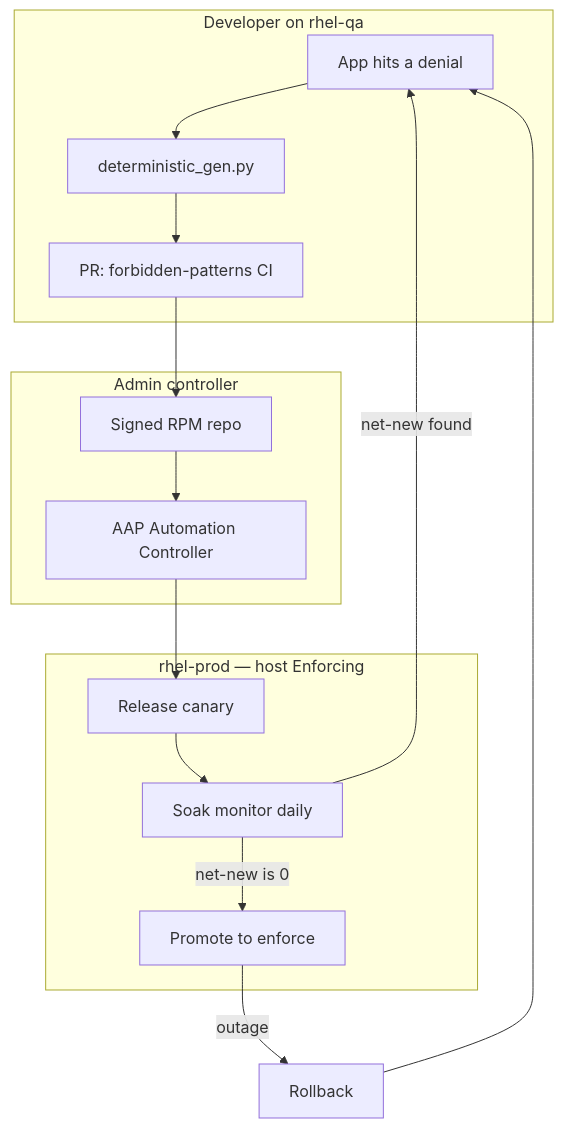
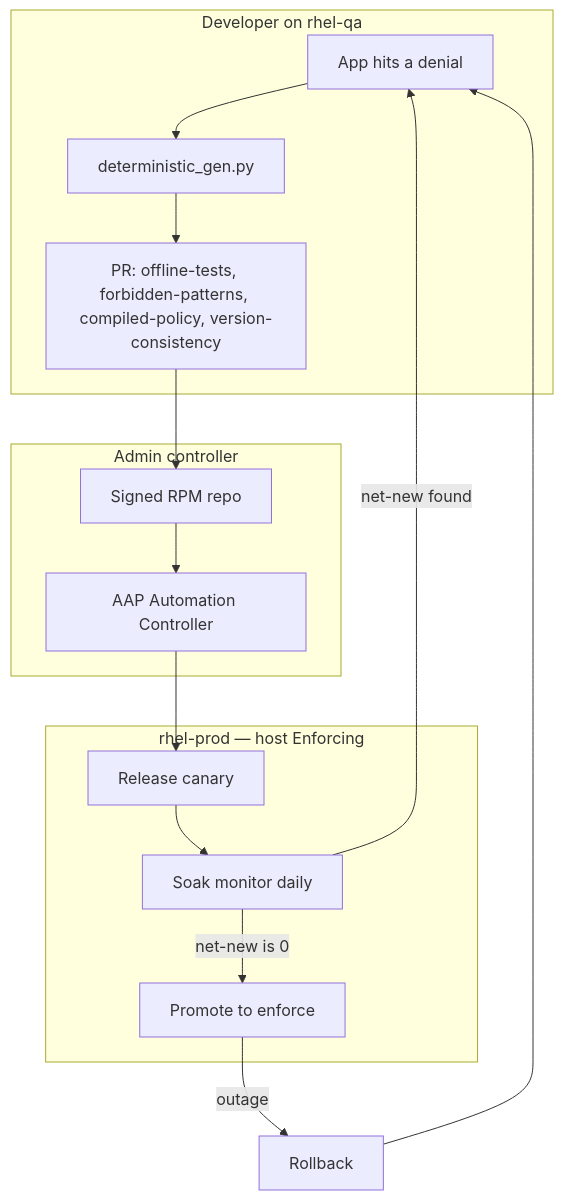
One commit to anurag-saran/selinux-pac changed the diagram in README.md. Above: the diagram before and after it, drawn with Mermaid. The commit also changed other lines of this file and 12 other files, not shown here.

````diff
--- a/README.md
+++ b/README.md
@@ -58,27 +58,27 @@
 ```mermaid
 flowchart TD
   subgraph developer [Developer on rhel-qa]
     avc[App hits a denial]
     gen[deterministic_gen.py]
-    pr[PR: forbidden-patterns CI]
+    pr[PR: offline-tests, forbidden-patterns, compiled-policy, version-consistency]
     avc --> gen --> pr
   end
 
   subgraph platform [Admin controller]
     rpm[Signed RPM repo]
     aap[AAP Automation Controller]
     pr --> rpm --> aap
   end
 
   subgraph production [rhel-prod — host Enforcing]
     canary[Release canary]
     soak[Soak monitor daily]
     promote[Promote to enforce]
     aap --> canary --> soak
     soak -->|net-new is 0| promote
     soak -->|net-new found| avc
   end
 
   promote -->|outage| rollback[Rollback]
   rollback --> avc
 ```
````
